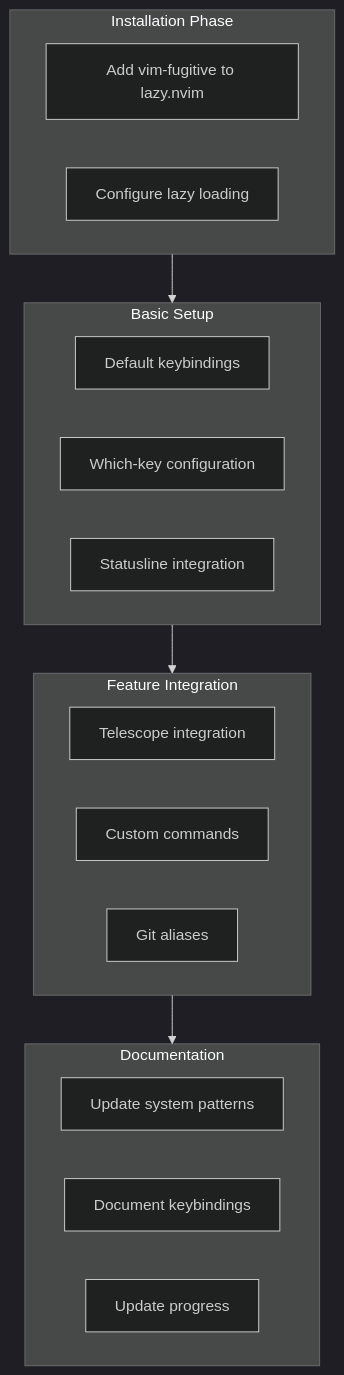
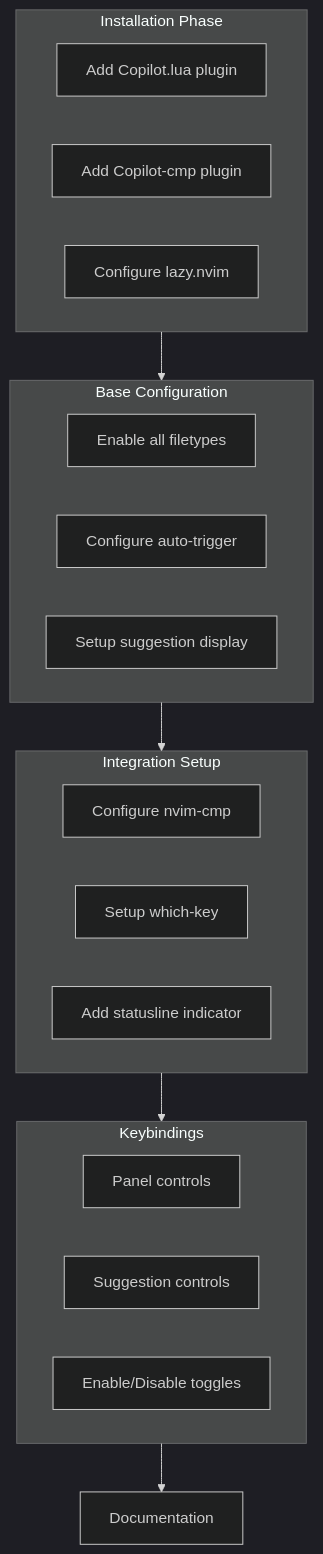
The diagram in memory-bank/activeContext.md (julianobarbosa/nvim), drawn with Mermaid (dark theme) before and after one commit. The commit also changed other lines of this file and 18 other files, not shown here.

Commit message:
feat: enhance project documentation with Git integration details and workflows

````diff
--- a/memory-bank/activeContext.md
+++ b/memory-bank/activeContext.md
@@ -8,29 +8,31 @@
 ```mermaid
 flowchart TD
-    A[Installation] --> B[Basic Setup]
-    B --> C[Feature Integration]
-    C --> D[Documentation]
+    A[Installation] --> B[Base Configuration]
+    B --> C[Integration Setup]
+    C --> D[Keybindings]
+    D --> E[Documentation]
 
     subgraph A[Installation Phase]
-        A1[Add vim-fugitive to lazy.nvim]
-        A2[Configure lazy loading]
+        A1[Add Copilot.lua plugin]
+        A2[Add Copilot-cmp plugin]
+        A3[Configure lazy.nvim]
     end
 
-    subgraph B[Basic Setup]
-        B1[Default keybindings]
-        B2[Which-key configuration]
-        B3[Statusline integration]
+    subgraph B[Base Configuration]
+        B1[Enable all filetypes]
+        B2[Configure auto-trigger]
+        B3[Setup suggestion display]
     end
 
-    subgraph C[Feature Integration]
-        C1[Telescope integration]
-        C2[Custom commands]
-        C3[Git aliases]
+    subgraph C[Integration Setup]
+        C1[Configure nvim-cmp]
+        C2[Setup which-key]
+        C3[Add statusline indicator]
     end
 
-    subgraph D[Documentation]
-        D1[Update system patterns]
-        D2[Document keybindings]
-        D3[Update progress]
+    subgraph D[Keybindings]
+        D1[Panel controls]
+        D2[Suggestion controls]
+        D3[Enable/Disable toggles]
     end
 ```
````
